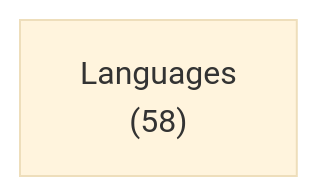
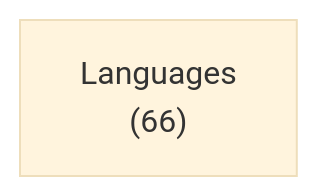
Before and after one commit to ruudkoot/rune: the first of 2 diagrams in docs/lib/language/haskell/depends.md, drawn with Mermaid (base theme). The commit also changed other lines of this file and 6 other files, not shown here.

````diff
--- a/docs/lib/language/haskell/depends.md
+++ b/docs/lib/language/haskell/depends.md
@@ -24,4 +24,4 @@
 ```mermaid
 flowchart LR
-  a0["Languages<br>(58)"]
+  a0["Languages<br>(66)"]
 ```
````
